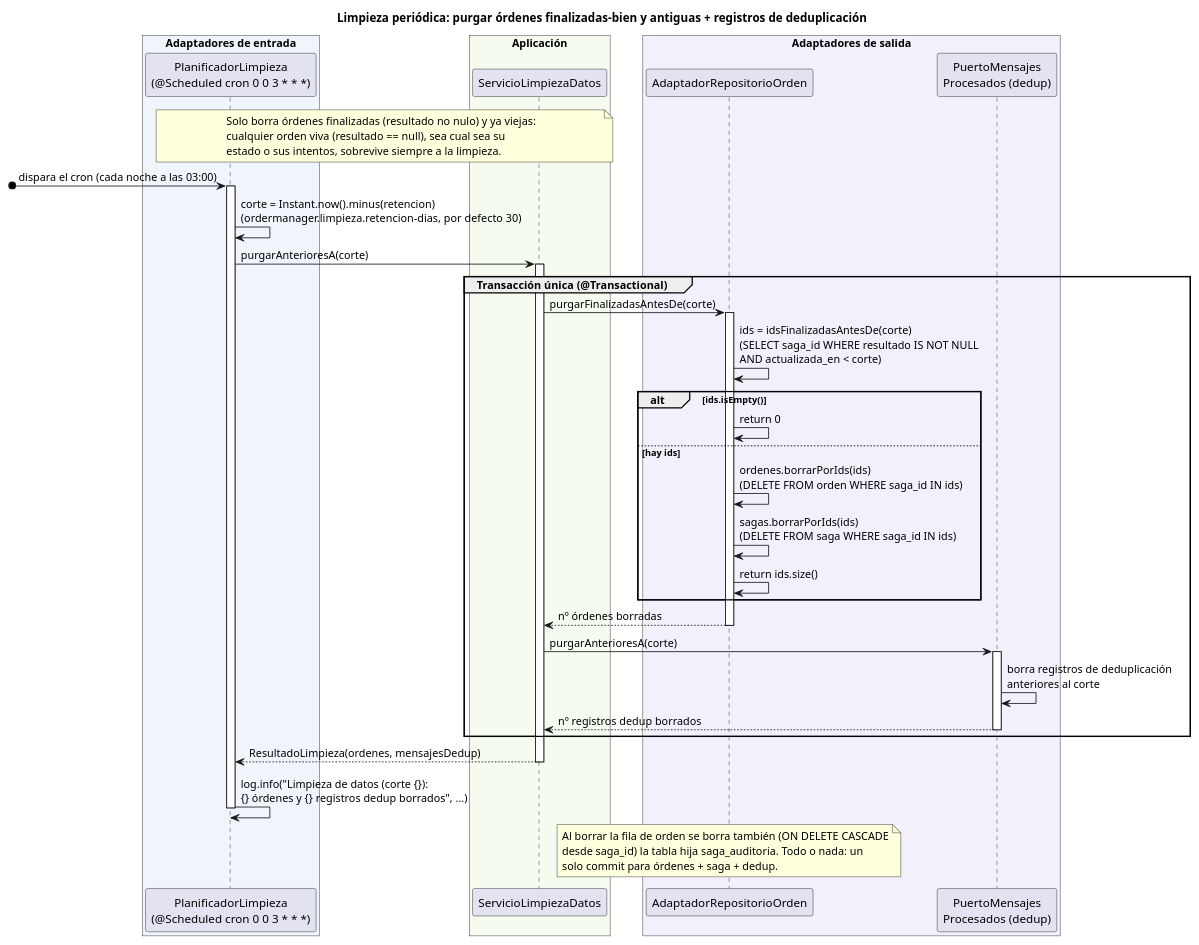
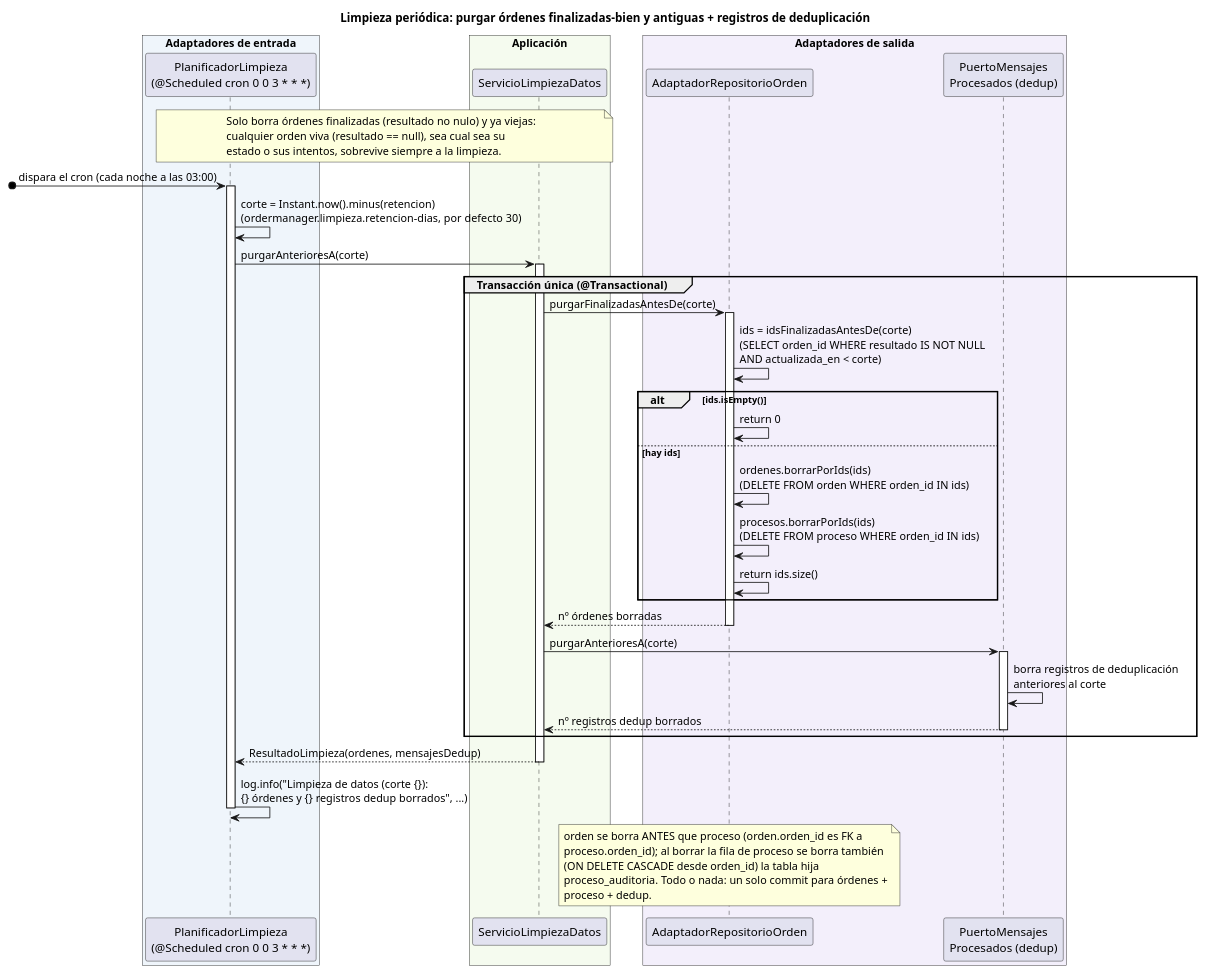
Before and after one commit to ralcazar/patrones: the diagram in order-manager/docs/09-limpieza-datos.puml, drawn with PlantUML. The commit also changed 48 other files, not shown here.

First line of the commit message:
Paso 7: sincronizar diagramas y docs con la separación ordermanager/sagas

```diff
--- a/order-manager/docs/09-limpieza-datos.puml
+++ b/order-manager/docs/09-limpieza-datos.puml
@@ -1,50 +1,52 @@
 @startuml 09-limpieza-datos
 title Limpieza periódica: purgar órdenes finalizadas-bien y antiguas + registros de deduplicación
 
 box "Adaptadores de entrada" #EFF5FB
   participant "PlanificadorLimpieza\n(@Scheduled cron 0 0 3 * * *)" as PLAN
 end box
 box "Aplicación" #F5FBEF
   participant "ServicioLimpiezaDatos" as LIMP
 end box
 box "Adaptadores de salida" #F3EFFB
   participant "AdaptadorRepositorioOrden" as REPO
   participant "PuertoMensajes\nProcesados (dedup)" as DEDUP
 end box
 
 note over PLAN, LIMP
   Solo borra órdenes finalizadas (resultado no nulo) y ya viejas:
   cualquier orden viva (resultado == null), sea cual sea su
   estado o sus intentos, sobrevive siempre a la limpieza.
 end note
 
 [o-> PLAN : dispara el cron (cada noche a las 03:00)
 activate PLAN
 PLAN -> PLAN : corte = Instant.now().minus(retencion)\n(ordermanager.limpieza.retencion-dias, por defecto 30)
 PLAN -> LIMP ++ : purgarAnterioresA(corte)
 
 group Transacción única (@Transactional)
   LIMP -> REPO ++ : purgarFinalizadasAntesDe(corte)
-  REPO -> REPO : ids = idsFinalizadasAntesDe(corte)\n(SELECT saga_id WHERE resultado IS NOT NULL\nAND actualizada_en < corte)
+  REPO -> REPO : ids = idsFinalizadasAntesDe(corte)\n(SELECT orden_id WHERE resultado IS NOT NULL\nAND actualizada_en < corte)
   alt ids.isEmpty()
     REPO -> REPO : return 0
   else hay ids
-    REPO -> REPO : ordenes.borrarPorIds(ids)\n(DELETE FROM orden WHERE saga_id IN ids)
-    REPO -> REPO : sagas.borrarPorIds(ids)\n(DELETE FROM saga WHERE saga_id IN ids)
+    REPO -> REPO : ordenes.borrarPorIds(ids)\n(DELETE FROM orden WHERE orden_id IN ids)
+    REPO -> REPO : procesos.borrarPorIds(ids)\n(DELETE FROM proceso WHERE orden_id IN ids)
     REPO -> REPO : return ids.size()
   end
   return nº órdenes borradas
   LIMP -> DEDUP ++ : purgarAnterioresA(corte)
   DEDUP -> DEDUP : borra registros de deduplicación\nanteriores al corte
   return nº registros dedup borrados
 end
 return ResultadoLimpieza(ordenes, mensajesDedup)
 PLAN -> PLAN : log.info("Limpieza de datos (corte {}):\n{} órdenes y {} registros dedup borrados", ...)
 deactivate PLAN
 
 note over REPO
-  Al borrar la fila de orden se borra también (ON DELETE CASCADE
-  desde saga_id) la tabla hija saga_auditoria. Todo o nada: un
-  solo commit para órdenes + saga + dedup.
+  orden se borra ANTES que proceso (orden.orden_id es FK a
+  proceso.orden_id); al borrar la fila de proceso se borra también
+  (ON DELETE CASCADE desde orden_id) la tabla hija
+  proceso_auditoria. Todo o nada: un solo commit para órdenes +
+  proceso + dedup.
 end note
 @enduml
```
